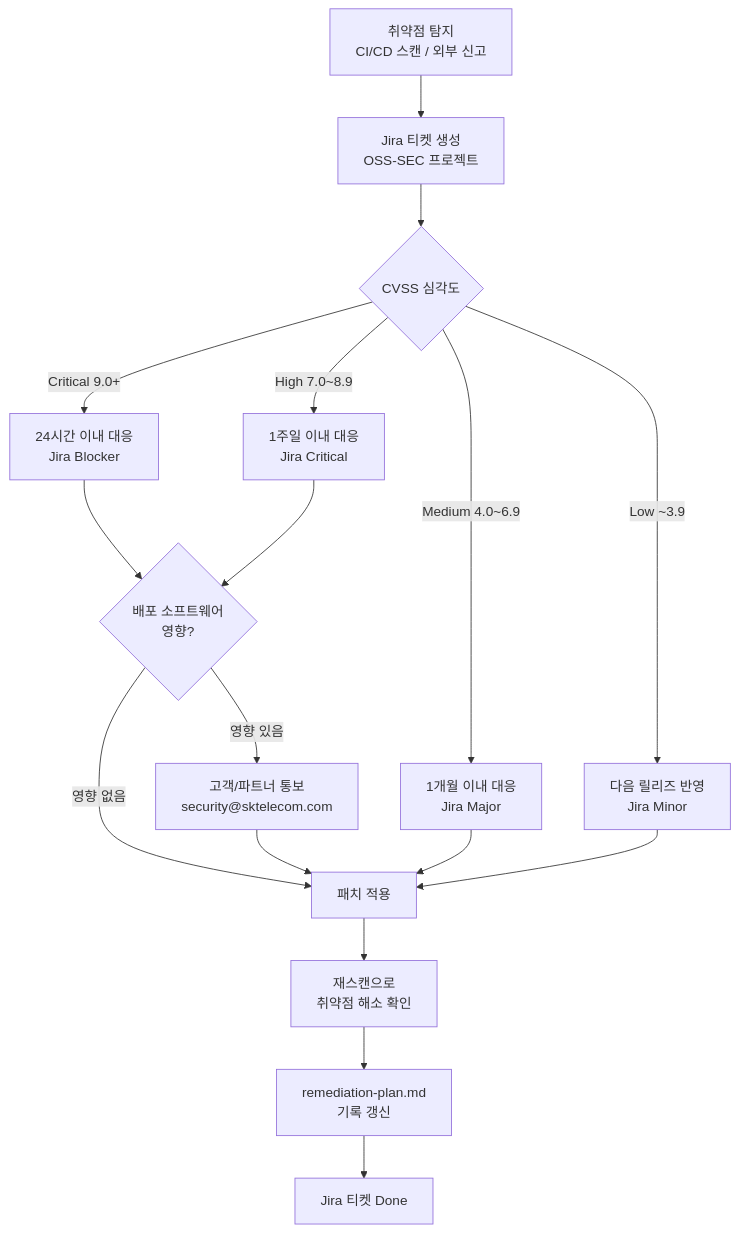
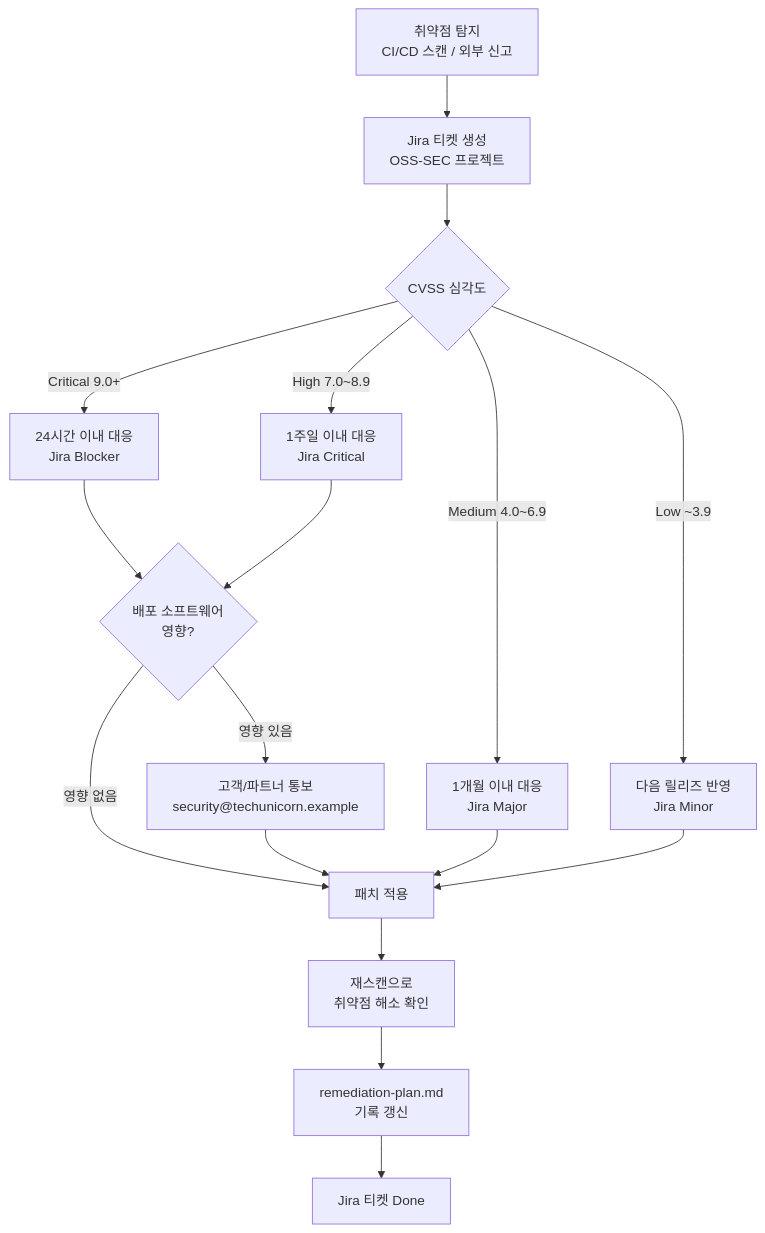
Before and after one commit to trustedoss/trustedoss.github.io: the third of 4 diagrams in website/reference/samples/process.md, drawn with Mermaid. The commit also changed other lines of this file and 18 other files, not shown here.

````diff
--- a/website/reference/samples/process.md
+++ b/website/reference/samples/process.md
@@ -605,19 +605,19 @@
 ```mermaid
 graph TD
     A[취약점 탐지\nCI/CD 스캔 / 외부 신고] --> B[Jira 티켓 생성\nOSS-SEC 프로젝트]
     B --> C{CVSS 심각도}
     C -->|Critical 9.0+| D[24시간 이내 대응\nJira Blocker]
     C -->|High 7.0~8.9| E[1주일 이내 대응\nJira Critical]
     C -->|Medium 4.0~6.9| F[1개월 이내 대응\nJira Major]
     C -->|Low ~3.9| G[다음 릴리즈 반영\nJira Minor]
     D --> H{배포 소프트웨어\n영향?}
     E --> H
-    H -->|영향 있음| I[고객/파트너 통보\nsecurity@sktelecom.com]
+    H -->|영향 있음| I[고객/파트너 통보\nsecurity@techunicorn.example]
     H -->|영향 없음| J[패치 적용]
     I --> J
     F --> J
     G --> J
     J --> K[재스캔으로\n취약점 해소 확인]
     K --> L[remediation-plan.md\n기록 갱신]
     L --> M[Jira 티켓 Done]
 ```
````
